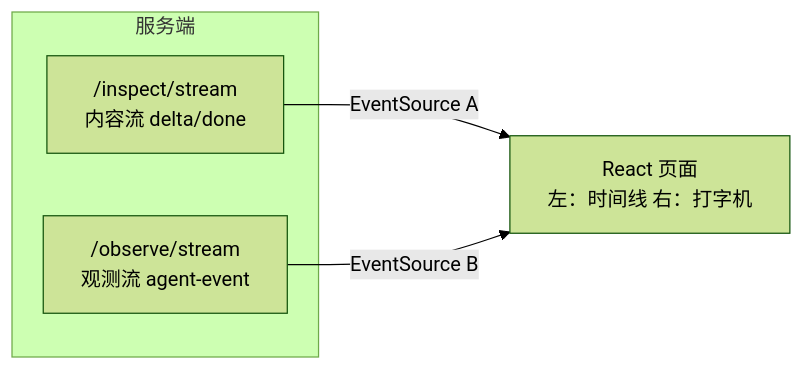
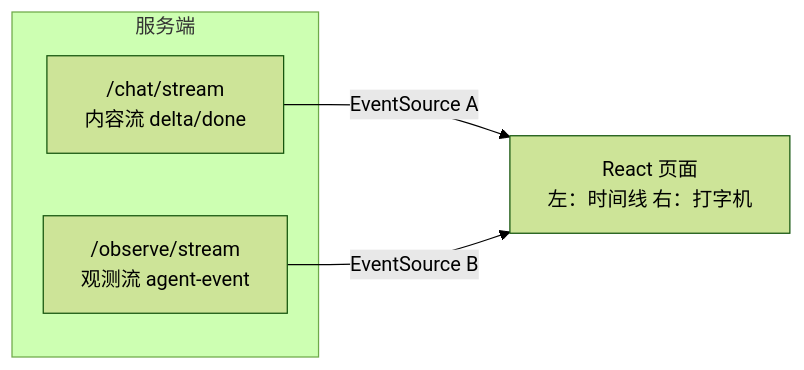
One commit to UranusGit/java-agent-learn changed the second of 2 diagrams in docs/教程/05-Observation可观测/08-流式响应的观测：stream模式下的span闭合.md. Above: the diagram before and after it, drawn with Mermaid (forest theme). The commit also changed other lines of this file and 12 other files, not shown here.

````diff
--- a/docs/教程/05-Observation可观测/08-流式响应的观测：stream模式下的span闭合.md
+++ b/docs/教程/05-Observation可观测/08-流式响应的观测：stream模式下的span闭合.md
@@ -130,9 +133,9 @@
 ```mermaid
 graph LR
     subgraph 服务端
-        I["/inspect/stream<br/>内容流 delta/done"]
+        I["/chat/stream<br/>内容流 delta/done"]
         O["/observe/stream<br/>观测流 agent-event"]
     end
     I -->|EventSource A| F["React 页面<br/>左：时间线 右：打字机"]
     O -->|EventSource B| F
 ```
````
